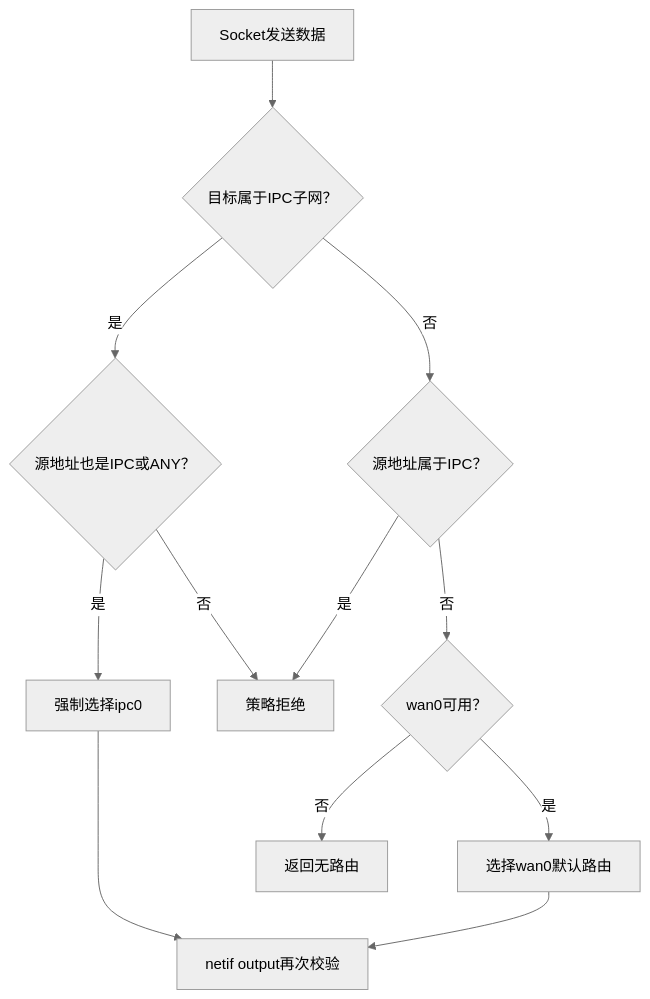
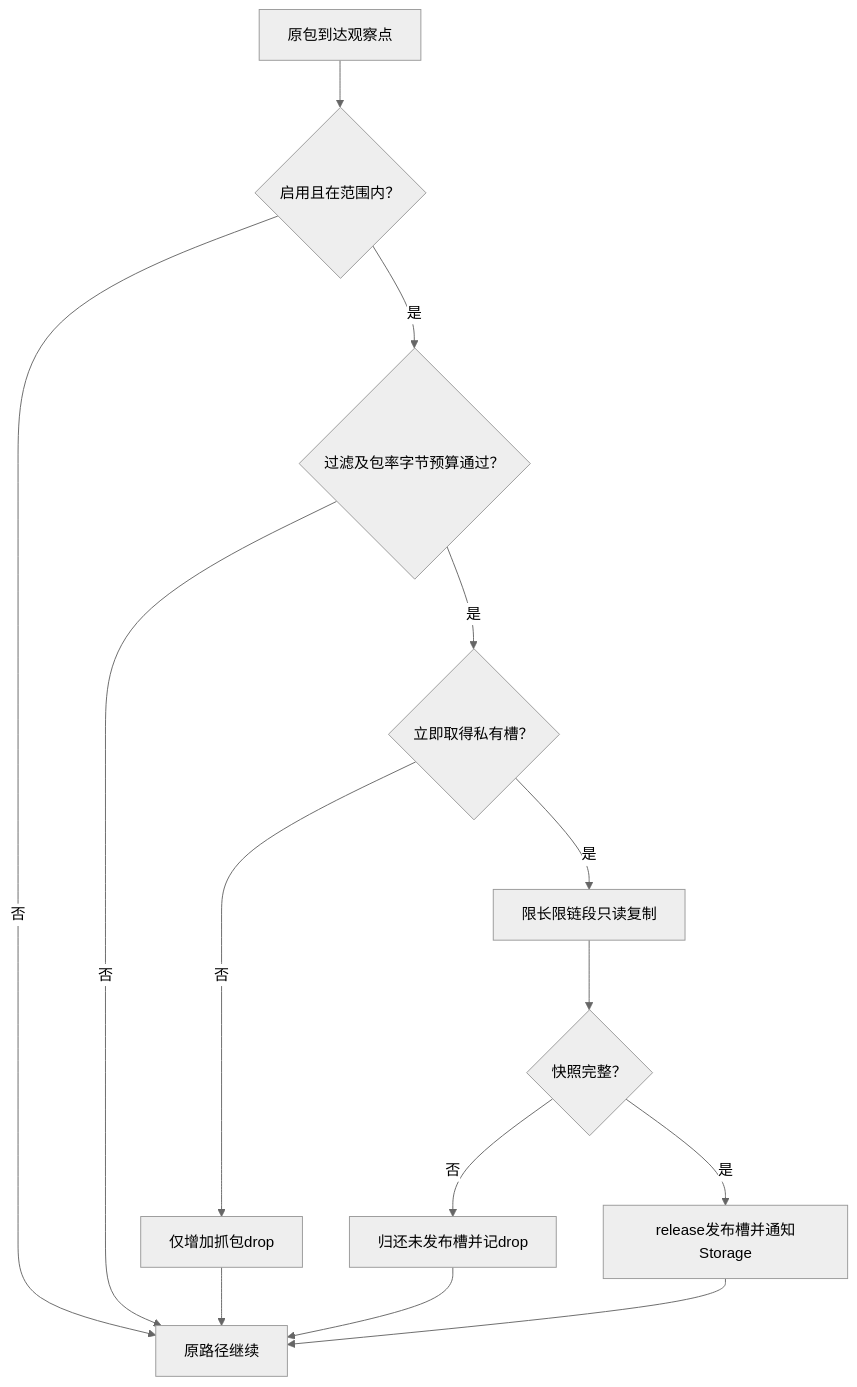
The third of 12 diagrams in modemlog/modem-complete-mermaid-flows.md (luckyJimLu/system-design-notes), drawn with Mermaid (neutral theme) before and after one commit. The commit also changed other lines of this file and 7 other files, not shown here.

Commit message:
docs(modemlog): unify isolated capture, dual sockets and C++ architecture

````diff
--- a/modemlog/modem-complete-mermaid-flows.md
+++ b/modemlog/modem-complete-mermaid-flows.md
@@ -35,14 +40,16 @@
 ```mermaid
 flowchart TD
-    SEND["Socket发送数据"] --> DEST{"目标属于IPC子网？"}
-    DEST -->|"是"| SRC{"源地址也是IPC或ANY？"}
-    SRC -->|"是"| IPC["强制选择ipc0"]
-    SRC -->|"否"| DROP["策略拒绝"]
-    DEST -->|"否"| ISRC{"源地址属于IPC？"}
-    ISRC -->|"是"| DROP
-    ISRC -->|"否"| WAN{"wan0可用？"}
-    WAN -->|"是"| OUT["选择wan0默认路由"]
-    WAN -->|"否"| FAIL["返回无路由"]
-    IPC --> GUARD["netif output再次校验"]
-    OUT --> GUARD
+    packet["原包到达观察点"] --> enabled{"启用且在范围内？"}
+    enabled -->|"否"| pass["原路径继续"]
+    enabled -->|"是"| budget{"过滤及包率字节预算通过？"}
+    budget -->|"否"| pass
+    budget -->|"是"| slot{"立即取得私有槽？"}
+    slot -->|"否"| drop["仅增加抓包drop"]
+    slot -->|"是"| copy["限长限链段只读复制"]
+    copy --> valid{"快照完整？"}
+    valid -->|"否"| discard["归还未发布槽并记drop"]
+    valid -->|"是"| publish["release发布槽并通知Storage"]
+    drop --> pass
+    discard --> pass
+    publish --> pass
 ```
````
